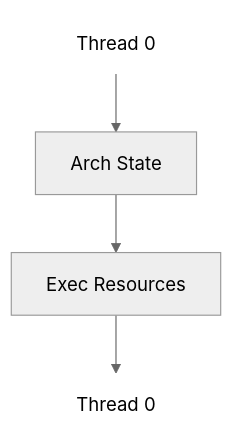
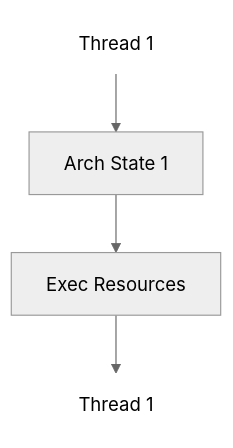
Before and after one commit to igoragoli/fosdem-2026-software-performance: the second of 2 diagrams in presentation.md, drawn with Mermaid. The commit also changed other lines of this file, not shown here.

Commit message:
update smt diagrams

````diff
--- a/presentation.md
+++ b/presentation.md
@@ -245,10 +245,10 @@
 ```mermaid
 %%{init: {'theme': 'neutral'}}%%
 
 graph TB
-    T0[Thread 0] --> AS0["Arch State"]
-    AS0 --> E0["Exec Resources"]
-    E0 --> O0[Thread 0]
-    style T0 fill:none,stroke:none
-    style O0 fill:none,stroke:none
+    T1[Thread 1] --> AS1["Arch State 1"]
+    AS1 --> E1["Exec Resources"]
+    E1 --> O1[Thread 1]
+    style T1 fill:none,stroke:none
+    style O1 fill:none,stroke:none
 ```
````
